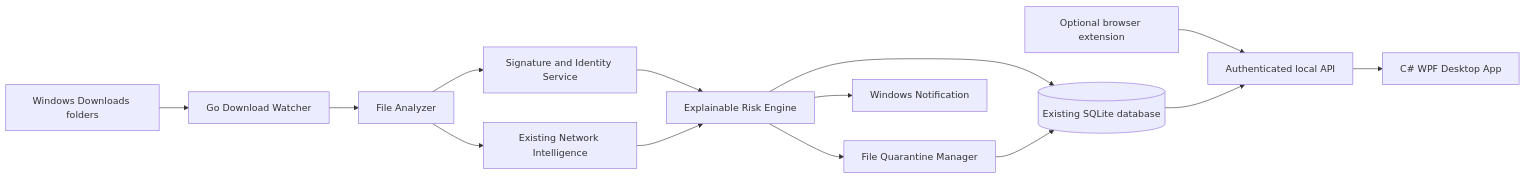
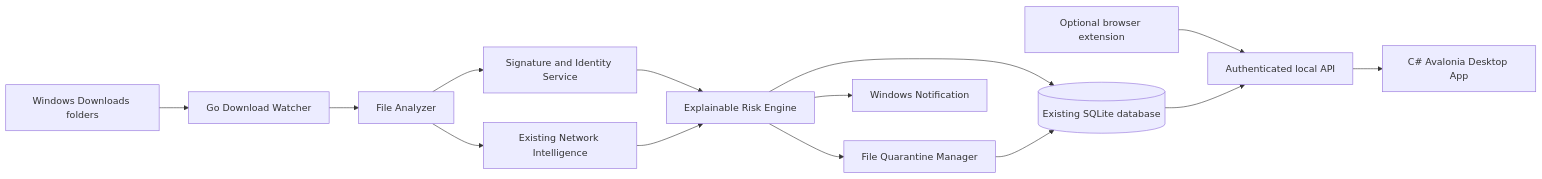
One commit to RDXFGXY1/dnsFilterApp changed the diagram in docs/presentation/download-guardian/03-technical-architecture.md. Above: the diagram before and after it, drawn with Mermaid. The commit also changed other lines of this file and 133 other files, not shown here.

````diff
--- a/docs/presentation/download-guardian/03-technical-architecture.md
+++ b/docs/presentation/download-guardian/03-technical-architecture.md
@@ -5,16 +5,16 @@
 ```mermaid
 flowchart LR
     FS[Windows Downloads folders] --> W[Go Download Watcher]
     EXT[Optional browser extension] --> API[Authenticated local API]
     W --> A[File Analyzer]
     A --> S[Signature and Identity Service]
     A --> N[Existing Network Intelligence]
     S --> R[Explainable Risk Engine]
     N --> R
     R --> DB[(Existing SQLite database)]
     R --> Q[File Quarantine Manager]
     DB --> API
     Q --> DB
-    API --> UI[C# WPF Desktop App]
+    API --> UI[C# Avalonia Desktop App]
     R --> NOTIFY[Windows Notification]
 ```
````
